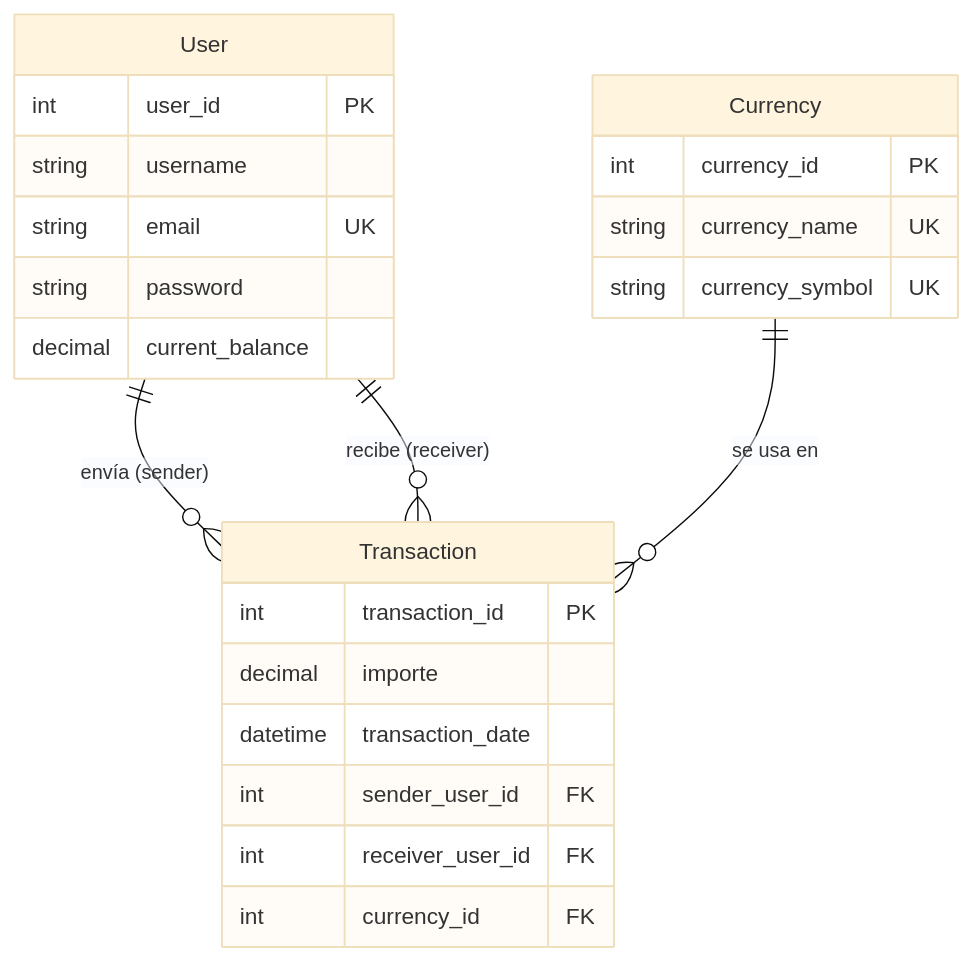
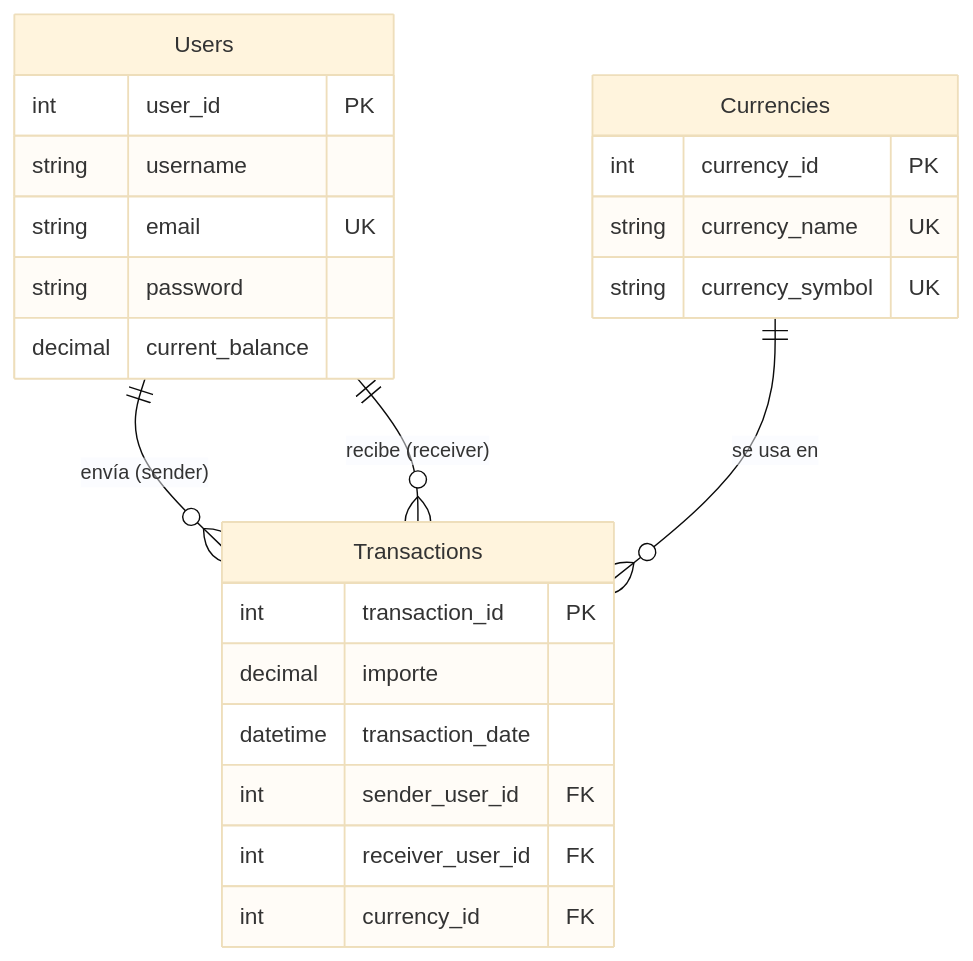
One commit to scarvallot/alke-wallet changed the diagram in database/02_Approach/alke_wallet_modelo_approach/docs/modelo_conceptual.md. Above: the diagram before and after it, drawn with Mermaid (base theme). The commit also changed other lines of this file and 21 other files, not shown here.

````diff
--- a/database/02_Approach/alke_wallet_modelo_approach/docs/modelo_conceptual.md
+++ b/database/02_Approach/alke_wallet_modelo_approach/docs/modelo_conceptual.md
@@ -62,29 +62,29 @@
 ```mermaid
 erDiagram
-    User {
+    Users {
         int user_id PK
         string username
         string email UK
         string password
         decimal current_balance
     }
 
-    Currency {
+    Currencies {
         int currency_id PK
         string currency_name UK
         string currency_symbol UK
     }
 
-    Transaction {
+    Transactions {
         int transaction_id PK
         decimal importe
         datetime transaction_date
         int sender_user_id FK
         int receiver_user_id FK
         int currency_id FK
     }
 
-    User ||--o{ Transaction : "envía (sender)"
-    User ||--o{ Transaction : "recibe (receiver)"
-    Currency ||--o{ Transaction : "se usa en"
+    Users ||--o{ Transactions : "envía (sender)"
+    Users ||--o{ Transactions : "recibe (receiver)"
+    Currencies ||--o{ Transactions : "se usa en"
 ```
````
